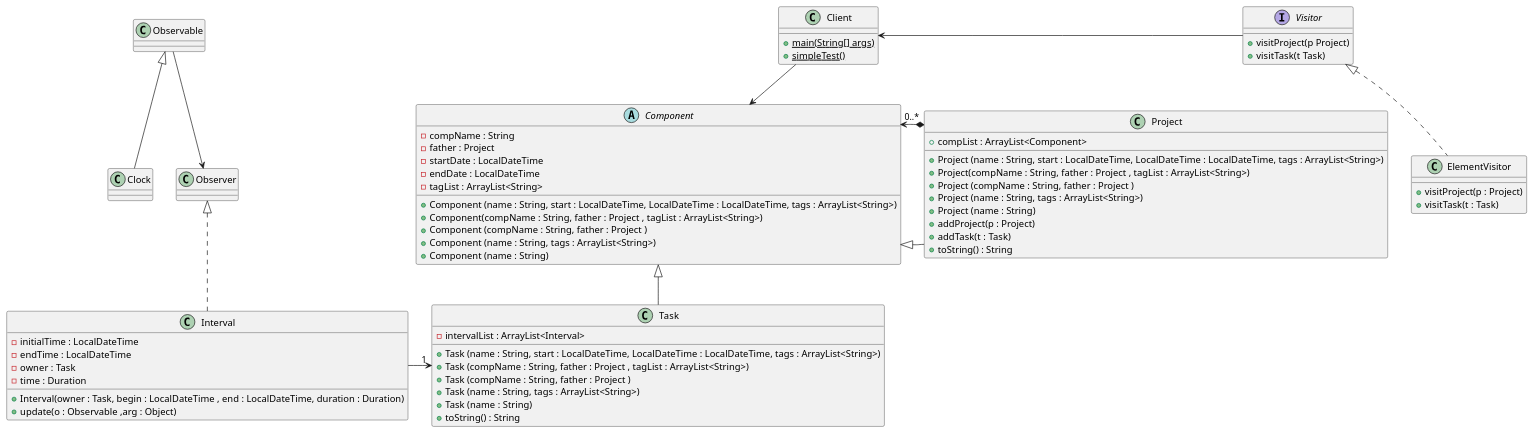
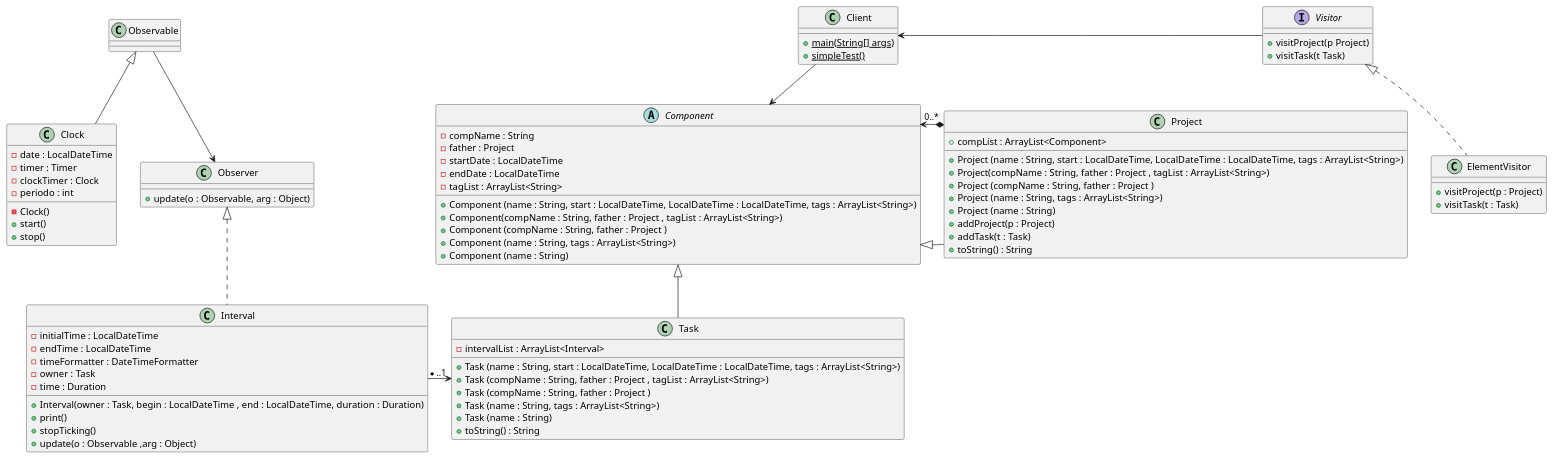
The diagram in TimeTraker.puml (Monkey-D-Luisi/TimeTracker), drawn with PlantUML before and after one commit. The commit also changed 3 other files, not shown here.

Commit message:
Main retocado para entrega y UML mejorado

```diff
--- a/TimeTraker.puml
+++ b/TimeTraker.puml
@@ -1,70 +1,84 @@
 @startuml
 
 class Interval{
 - initialTime : LocalDateTime
 - endTime : LocalDateTime
+- timeFormatter : DateTimeFormatter
 - owner : Task
 - time : Duration
 + Interval(owner : Task, begin : LocalDateTime , end : LocalDateTime, duration : Duration)
++ print()
++ stopTicking()
 + update(o : Observable ,arg : Object)
 }
 
 class Client{
 + {static} main(String[] args)
 + {static} simpleTest()
 }
 class Clock extends Observable{
+- date : LocalDateTime
+- timer : Timer
+- clockTimer : Clock
+- periodo : int
+- Clock()
++ start()
++ stop()
 }
 
 class ElementVisitor implements Visitor{
 + visitProject(p : Project)
 + visitTask(t : Task)
 }
 
 abstract class Component{
 - compName : String
 - father : Project
 - startDate : LocalDateTime
 - endDate : LocalDateTime
 - tagList : ArrayList<String>
 + Component (name : String, start : LocalDateTime, LocalDateTime : LocalDateTime, tags : ArrayList<String>)
 + Component(compName : String, father : Project , tagList : ArrayList<String>)
 + Component (compName : String, father : Project )
 + Component (name : String, tags : ArrayList<String>)
 + Component (name : String)
 }
 
 class Project extends Component{
 + compList : ArrayList<Component>
 + Project (name : String, start : LocalDateTime, LocalDateTime : LocalDateTime, tags : ArrayList<String>)
 + Project(compName : String, father : Project , tagList : ArrayList<String>)
 + Project (compName : String, father : Project )
 + Project (name : String, tags : ArrayList<String>)
 + Project (name : String)
 + addProject(p : Project)
 + addTask(t : Task)
 + toString() : String
 }
 
 class Task extends Component{
 - intervalList : ArrayList<Interval>
 + Task (name : String, start : LocalDateTime, LocalDateTime : LocalDateTime, tags : ArrayList<String>)
 + Task (compName : String, father : Project , tagList : ArrayList<String>)
 + Task (compName : String, father : Project )
 + Task (name : String, tags : ArrayList<String>)
 + Task (name : String)
 + toString() : String
 }
 
 interface Visitor{
 + visitProject(p Project)
 + visitTask(t Task)
 }
 
+class Observer{
++ update(o : Observable, arg : Object)
+}
+
 Project *-right-> "0..*" Component
-Interval --right--> "1" Task
+Interval --right--> "*..1" Task
 Observable --down> Observer
 Interval ..up|> Observer
 Client --> Component
 Visitor --left> Client
 @enduml
```
